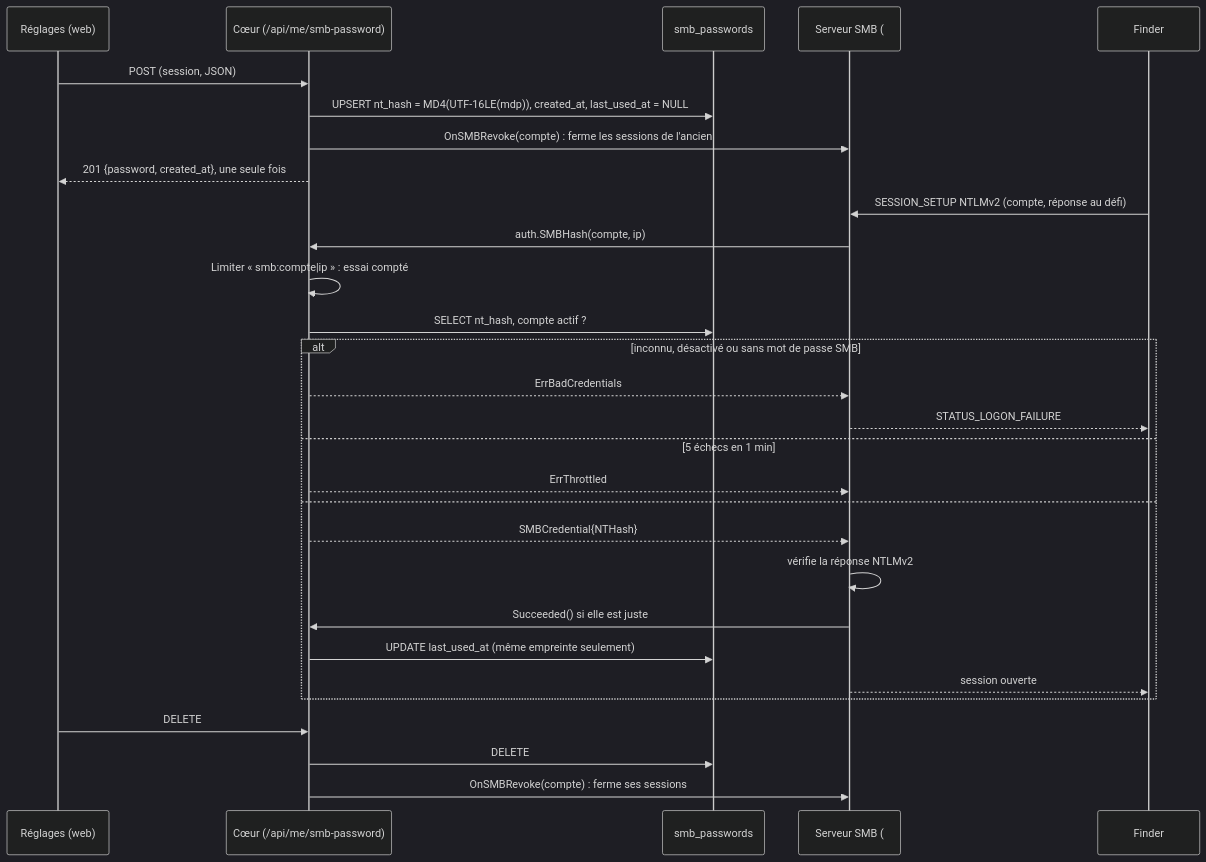
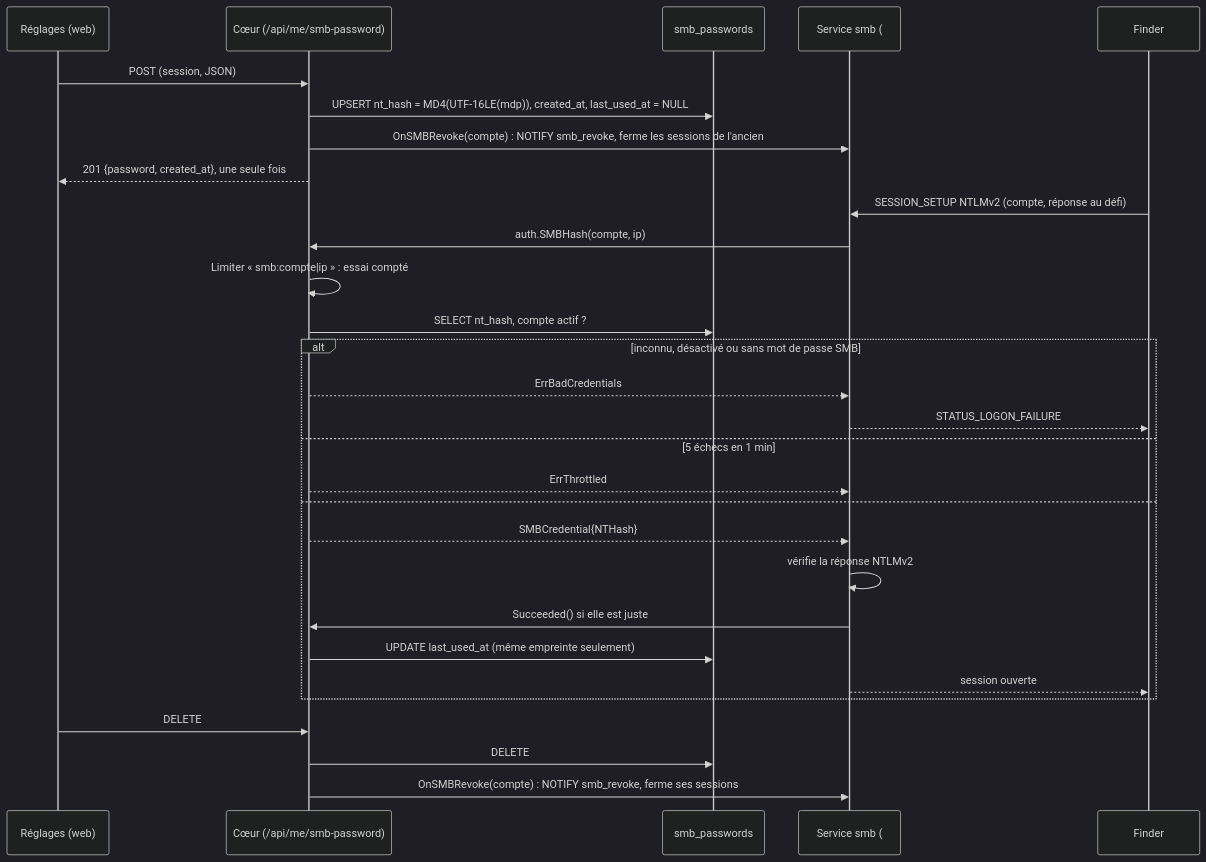
One commit to C2-POLY/cloud-os changed the second of 2 diagrams in docs/architecture/auth.md. Above: the diagram before and after it, drawn with Mermaid (dark theme). The commit also changed other lines of this file and 98 other files, not shown here.

````diff
--- a/docs/architecture/auth.md
+++ b/docs/architecture/auth.md
@@ -96,31 +96,31 @@
 ```mermaid
 sequenceDiagram
   participant W as Réglages (web)
   participant C as Cœur (/api/me/smb-password)
   participant DB as smb_passwords
-  participant S as Serveur SMB (#92)
+  participant S as Service smb (#95)
   participant F as Finder
   W->>C: POST (session, JSON)
   C->>DB: UPSERT nt_hash = MD4(UTF-16LE(mdp)), created_at, last_used_at = NULL
-  C->>S: OnSMBRevoke(compte) : ferme les sessions de l'ancien
+  C->>S: OnSMBRevoke(compte) : NOTIFY smb_revoke, ferme les sessions de l'ancien
   C-->>W: 201 {password, created_at}, une seule fois
   F->>S: SESSION_SETUP NTLMv2 (compte, réponse au défi)
   S->>C: auth.SMBHash(compte, ip)
   C->>C: Limiter « smb:compte|ip » : essai compté
   C->>DB: SELECT nt_hash, compte actif ?
   alt inconnu, désactivé ou sans mot de passe SMB
     C-->>S: ErrBadCredentials
     S-->>F: STATUS_LOGON_FAILURE
   else 5 échecs en 1 min
     C-->>S: ErrThrottled
   else
     C-->>S: SMBCredential{NTHash}
     S->>S: vérifie la réponse NTLMv2
     S->>C: Succeeded() si elle est juste
     C->>DB: UPDATE last_used_at (même empreinte seulement)
     S-->>F: session ouverte
   end
   W->>C: DELETE
   C->>DB: DELETE
-  C->>S: OnSMBRevoke(compte) : ferme ses sessions
+  C->>S: OnSMBRevoke(compte) : NOTIFY smb_revoke, ferme ses sessions
 ```
````
